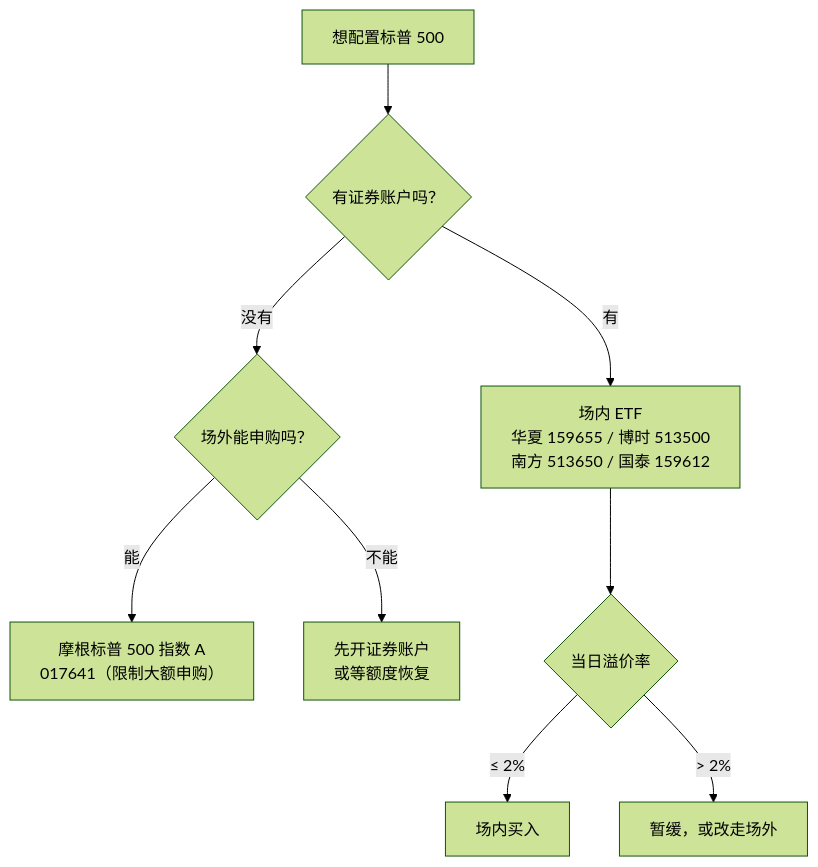
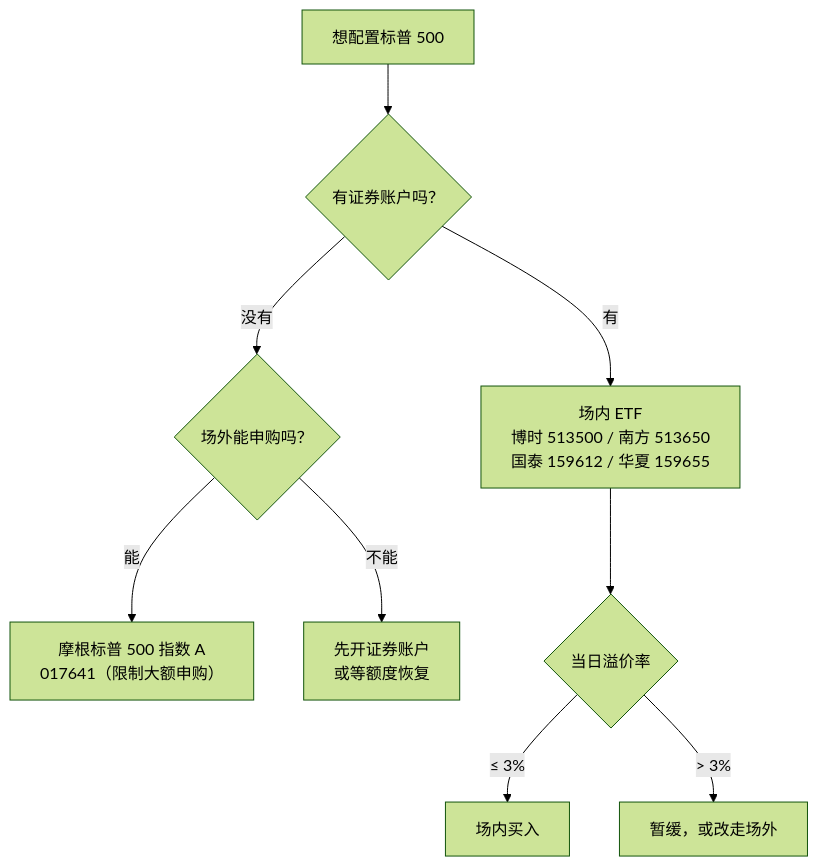
The first of 2 diagrams in README.md (SayangChun/sp500-cn-comparison), drawn with Mermaid (forest theme) before and after one commit. The commit also changed other lines of this file and 59 other files, not shown here.

````diff
--- a/README.md
+++ b/README.md
@@ -55,11 +92,11 @@
 ```mermaid
 flowchart TD
     A["想配置标普 500"] --> B{"有证券账户吗？"}
-    B -- 有 --> C["场内 ETF<br/>华夏 159655 / 博时 513500<br/>南方 513650 / 国泰 159612"]
+    B -- 有 --> C["场内 ETF<br/>博时 513500 / 南方 513650<br/>国泰 159612 / 华夏 159655"]
     B -- 没有 --> D{"场外能申购吗？"}
     D -- 能 --> E["摩根标普 500 指数 A<br/>017641（限制大额申购）"]
     D -- 不能 --> F["先开证券账户<br/>或等额度恢复"]
     C --> G{"当日溢价率"}
-    G -- "≤ 2%" --> H["场内买入"]
-    G -- "> 2%" --> I["暂缓，或改走场外"]
+    G -- "≤ 3%" --> H["场内买入"]
+    G -- "> 3%" --> I["暂缓，或改走场外"]
 ```
````
